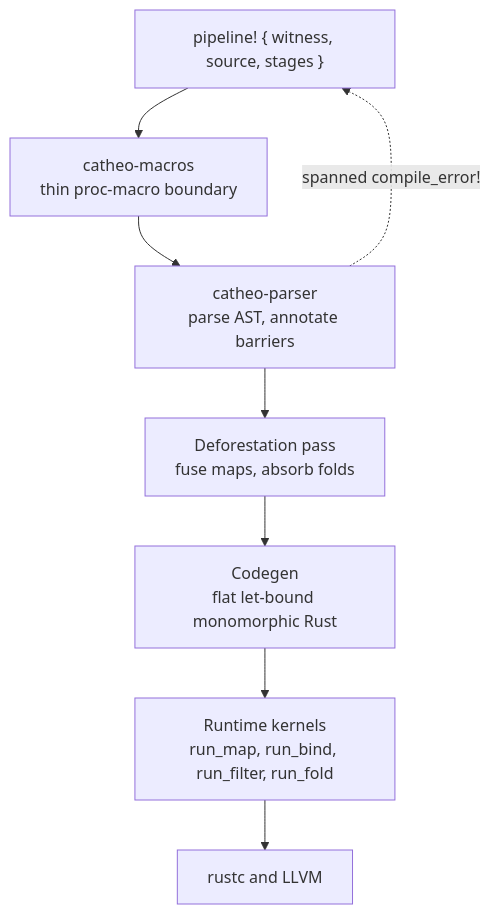
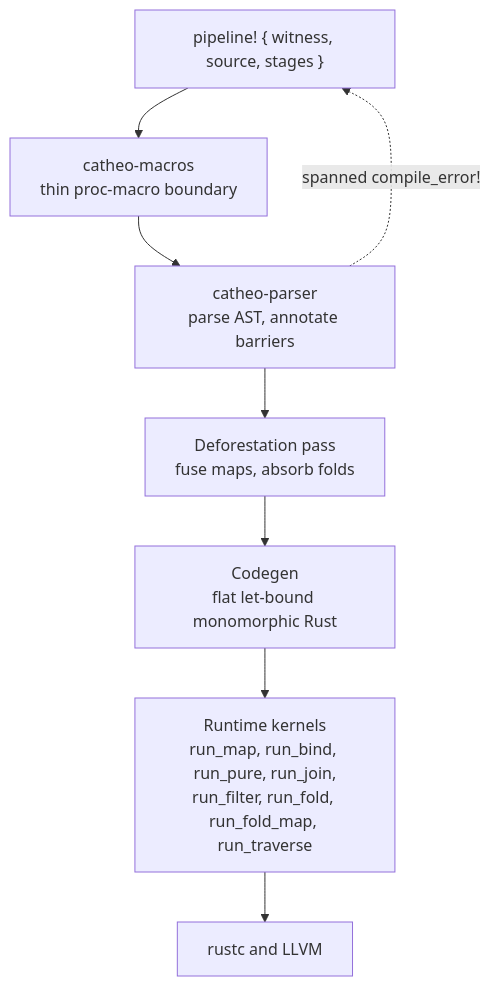
One commit to elcoosp/catheo changed the diagram in README.md. Above: the diagram before and after it, drawn with Mermaid. The commit also changed other lines of this file, not shown here.

````diff
--- a/README.md
+++ b/README.md
@@ -69,10 +71,10 @@
 ```mermaid
 flowchart TD
     A["pipeline! { witness, source, stages }"] --> B["catheo-macros<br/>thin proc-macro boundary"]
     B --> C["catheo-parser<br/>parse AST, annotate barriers"]
     C --> D["Deforestation pass<br/>fuse maps, absorb folds"]
     D --> E["Codegen<br/>flat let-bound monomorphic Rust"]
-    E --> F["Runtime kernels<br/>run_map, run_bind, run_filter, run_fold"]
+    E --> F["Runtime kernels<br/>run_map, run_bind, run_pure, run_join,<br/>run_filter, run_fold, run_fold_map, run_traverse"]
     F --> G["rustc and LLVM"]
     C -. "spanned compile_error!" .-> A
 ```
````
